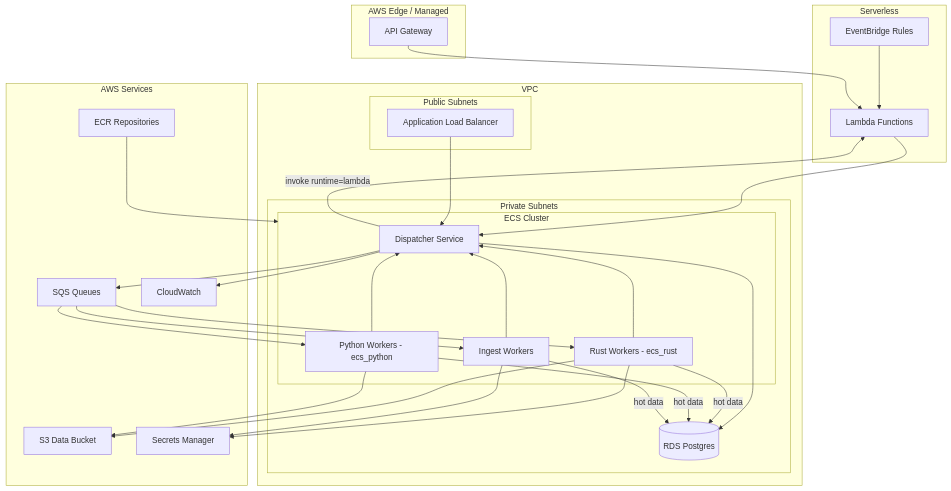
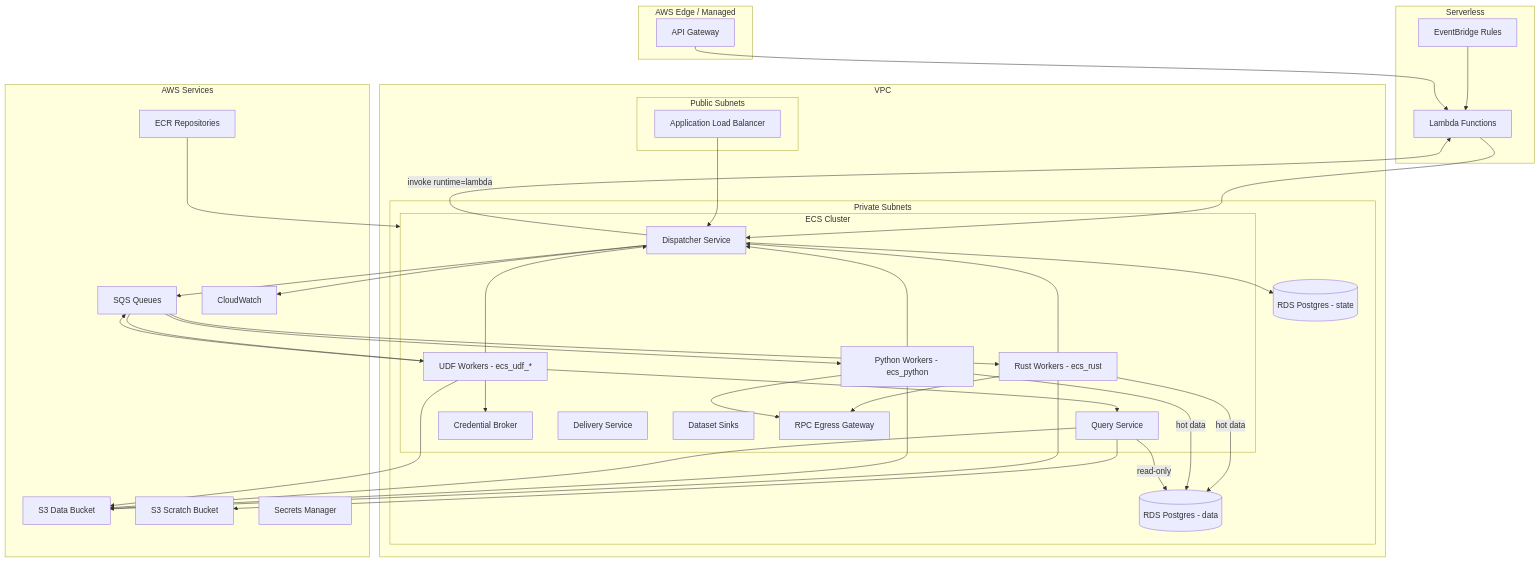
One commit to c7121/trace changed the diagram in docs/deploy/infrastructure.md. Above: the diagram before and after it, drawn with Mermaid. The commit also changed other lines of this file and 9 other files, not shown here.

````diff
--- a/docs/deploy/infrastructure.md
+++ b/docs/deploy/infrastructure.md
@@ -20,12 +20,18 @@
         subgraph Private["Private Subnets"]
             subgraph ECS["ECS Cluster"]
                 DISPATCHER_SVC[Dispatcher Service]
+                QUERY_SVC[Query Service]
+                BROKER_SVC[Credential Broker]
                 RUST_WORKERS["Rust Workers - ecs_rust"]
                 PYTHON_WORKERS["Python Workers - ecs_python"]
-                INGEST_WORKERS[Ingest Workers]
+                UDF_WORKERS["UDF Workers - ecs_udf_*"]
+                DELIVERY_SVC[Delivery Service]
+                SINKS_SVC[Dataset Sinks]
+                RPC_EGRESS[RPC Egress Gateway]
             end
 
-            RDS[(RDS Postgres)]
+            RDS_STATE[(RDS Postgres - state)]
+            RDS_DATA[(RDS Postgres - data)]
         end
     end
 
@@ -37,6 +43,7 @@
     subgraph AWS_Services["AWS Services"]
         SQS_QUEUES[SQS Queues]
         S3_BUCKET[S3 Data Bucket]
+        S3_SCRATCH[S3 Scratch Bucket]
         ECR[ECR Repositories]
         CW[CloudWatch]
         SM[Secrets Manager]
@@ -49,26 +56,37 @@
     
     ALB --> DISPATCHER_SVC
     
-    DISPATCHER_SVC --> RDS
+    DISPATCHER_SVC --> RDS_STATE
     DISPATCHER_SVC --> SQS_QUEUES
     DISPATCHER_SVC --> CW
     
     SQS_QUEUES --> RUST_WORKERS
     SQS_QUEUES --> PYTHON_WORKERS
-    SQS_QUEUES --> INGEST_WORKERS
+    SQS_QUEUES --> UDF_WORKERS
     
     RUST_WORKERS --> DISPATCHER_SVC
     PYTHON_WORKERS --> DISPATCHER_SVC
-    INGEST_WORKERS --> DISPATCHER_SVC
+    UDF_WORKERS --> DISPATCHER_SVC
     
-    RUST_WORKERS -->|hot data| RDS
+    RUST_WORKERS -->|hot data| RDS_DATA
     RUST_WORKERS --> S3_BUCKET
-    PYTHON_WORKERS -->|hot data| RDS
+    PYTHON_WORKERS -->|hot data| RDS_DATA
     PYTHON_WORKERS --> S3_BUCKET
-    INGEST_WORKERS -->|hot data| RDS
+
+    QUERY_SVC -->|read-only| RDS_DATA
+    QUERY_SVC --> S3_BUCKET
+    QUERY_SVC --> S3_SCRATCH
+
+    UDF_WORKERS --> QUERY_SVC
+    UDF_WORKERS --> BROKER_SVC
+    UDF_WORKERS --> S3_BUCKET
+    UDF_WORKERS --> SQS_QUEUES
+
+    RUST_WORKERS --> RPC_EGRESS
+    PYTHON_WORKERS --> RPC_EGRESS
     
-    RUST_WORKERS --> SM
-    INGEST_WORKERS --> SM
+    %% Secrets are injected at task launch via ECS task definition secrets.
+    %% Untrusted UDF tasks do not have Secrets Manager permissions.
     
     ECR --> ECS
 ```
````
